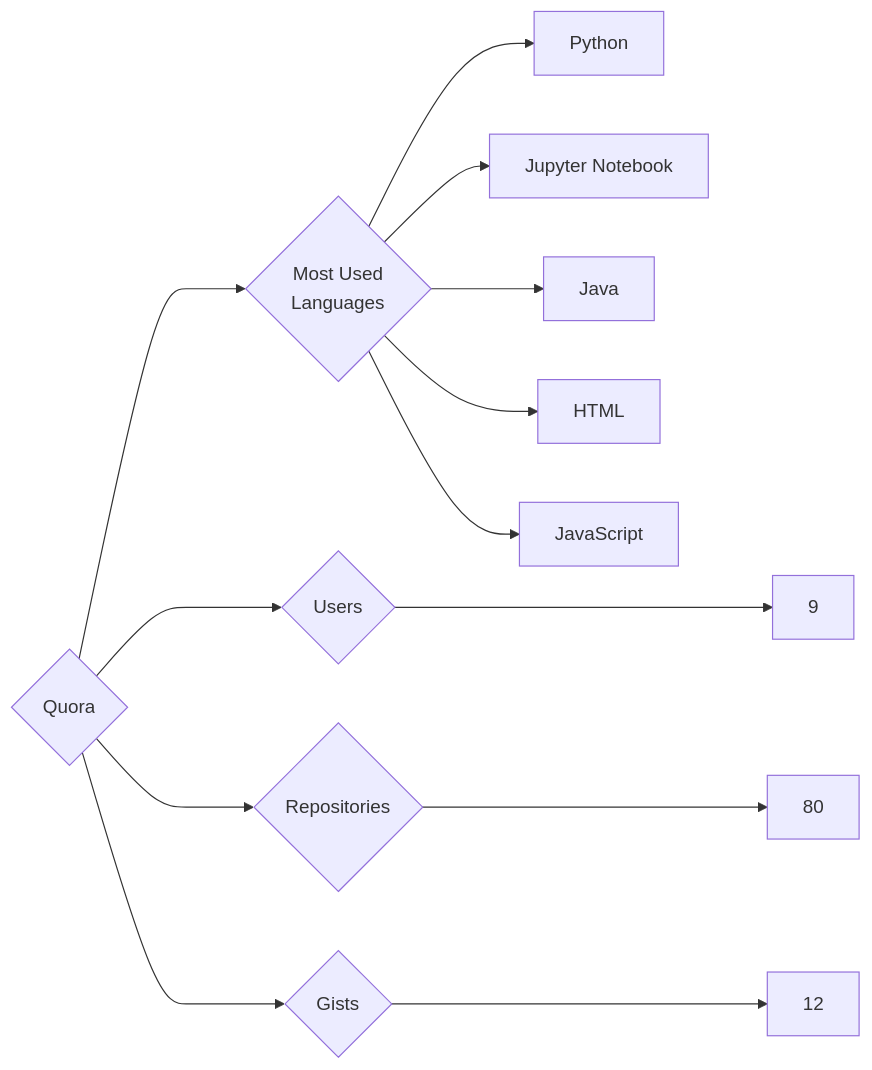
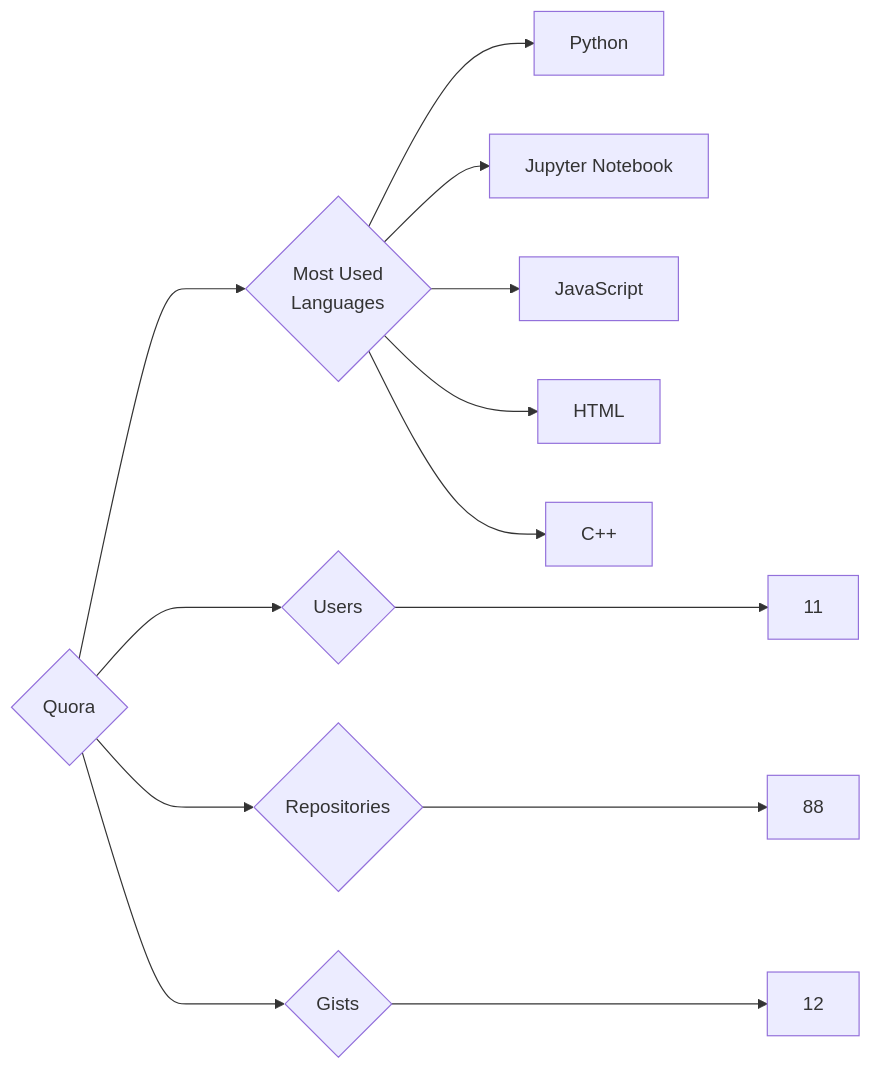
Before and after one commit to trickest/insiders: the diagram in targets/Quora/README.md, drawn with Mermaid. The commit also changed 829 other files, not shown here.

````diff
--- a/targets/Quora/README.md
+++ b/targets/Quora/README.md
@@ -3,13 +3,13 @@
 ```mermaid
 graph LR
 COMPANY_NAME{Quora}
-COMPANY_NAME ---> U{Users} ---> UN[9]
-COMPANY_NAME ---> R{Repositories} ---> RN[80]
+COMPANY_NAME ---> U{Users} ---> UN[11]
+COMPANY_NAME ---> R{Repositories} ---> RN[88]
 COMPANY_NAME ---> G{Gists} ---> GN[12]
 COMPANY_NAME ---> ML{Most Used<br>Languages}
 ML --> Python[Python]
 ML --> Jupyter_Notebook[Jupyter Notebook]
-ML --> Java[Java]
+ML --> JavaScript[JavaScript]
 ML --> HTML[HTML]
-ML --> JavaScript[JavaScript]
+ML --> C++[C++]
 ```
````
